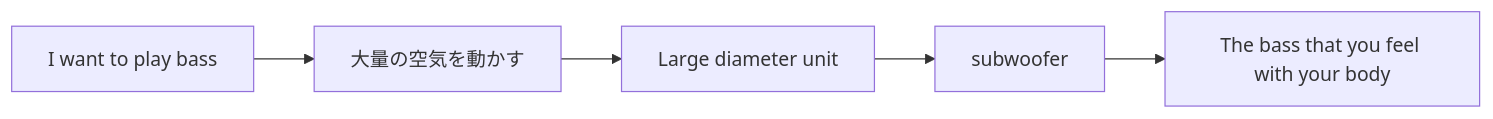
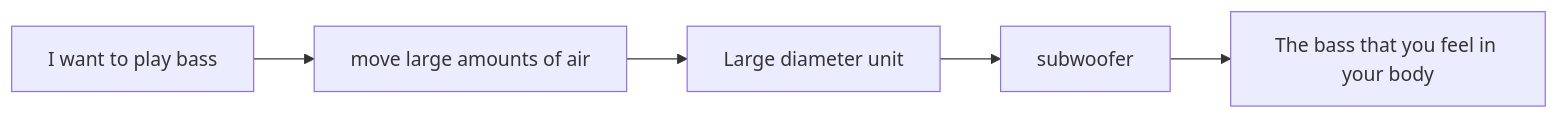
Before and after one commit to monumental-movement/monumental-movement.github.io: the seventh of 10 diagrams in en/_posts/2026-08-01-column-why-bass-feels-good.md, drawn with Mermaid. The commit also changed other lines of this file and 851 other files, not shown here.

```diff
--- a/en/_posts/2026-08-01-column-why-bass-feels-good.md
+++ b/en/_posts/2026-08-01-column-why-bass-feels-good.md
@@ -777,13 +777,13 @@
 <div class="mermaid">
 flowchart LR
 
 A[I want to play bass]
 
-A --> B[大量の空気を動かす]
+A --> B[move large amounts of air]
 
 B --> C[Large diameter unit]
 
 C --> D[subwoofer]
 
-D --> E[The bass that you feel with your body]
+D --> E[The bass that you feel in your body]
 </div>
```
